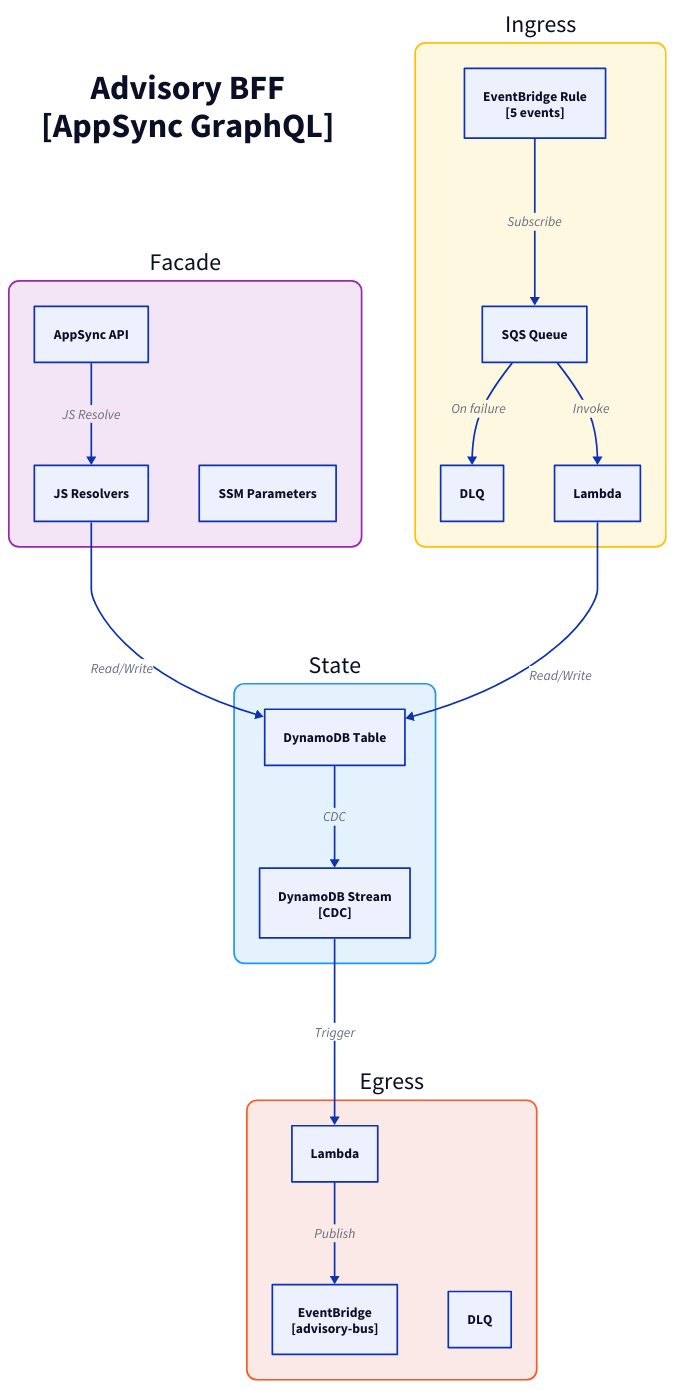
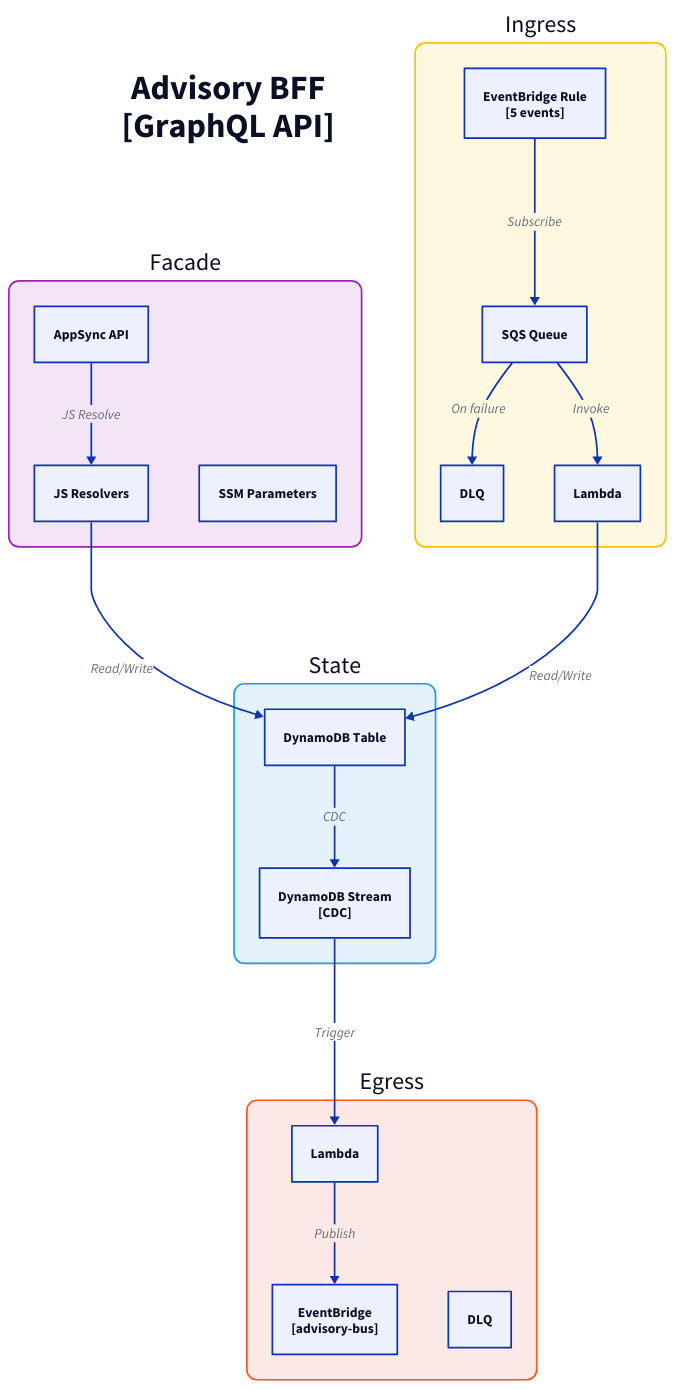
The diagram in docs/architecture/c3/advisory-bff.d2 (fabio-vitali/nestfolio), drawn with D2 before and after one commit. The commit also changed 32 other files, not shown here.

Commit message:
fix: c4 diagram fixes

```diff
--- a/docs/architecture/c3/advisory-bff.d2
+++ b/docs/architecture/c3/advisory-bff.d2
@@ -1,46 +1,46 @@
 direction: down
 
-title: "Advisory BFF\n[AppSync GraphQL]" {
+title: "Advisory BFF\n[GraphQL API]" {
   style: { font-size: 40; bold: true; fill: transparent; stroke: transparent }
 }
 
 facade: "Facade" {
   style: { fill: "#F3E5F5"; stroke: "#9C27B0"; border-radius: 12; font-size: 28 }
   appsync: "AppSync API" { class: aws-appsync }
   resolvers: "JS Resolvers" { class: aws-lambda }
   appsync -> resolvers: JS Resolve
   ssm: "SSM Parameters" { class: aws-ssm }
 }
 
 ingress: "Ingress" {
   style: { fill: "#FFF8E1"; stroke: "#FFC107"; border-radius: 12; font-size: 28 }
   rule: "EventBridge Rule\n[5 events]" { class: aws-eventbridge }
   sqs: "SQS Queue" { class: aws-sqs }
   dlq: "DLQ" { class: aws-dlq }
   handler: "Lambda" { class: aws-lambda }
 
   rule -> sqs: Subscribe
   sqs -> handler: Invoke
   sqs -> dlq: On failure
 }
 
 state: "State" {
   style: { fill: "#E3F2FD"; stroke: "#2196F3"; border-radius: 12; font-size: 28 }
   table: "DynamoDB Table" { class: aws-dynamodb }
   stream: "DynamoDB Stream\n[CDC]" { class: aws-ddb-stream }
   table -> stream: CDC
 }
 
 egress: "Egress" {
   style: { fill: "#FBE9E7"; stroke: "#FF5722"; border-radius: 12; font-size: 28 }
   processor: "Lambda" { class: aws-lambda }
   bus: "EventBridge\n[advisory-bus]" { class: aws-eventbridge }
   dlq: "DLQ" { class: aws-dlq }
 
   processor -> bus: Publish
 }
 
 # Flows
 facade.resolvers -> state.table: Read/Write
 ingress.handler -> state.table: Read/Write
 state.stream -> egress.processor: Trigger
```
